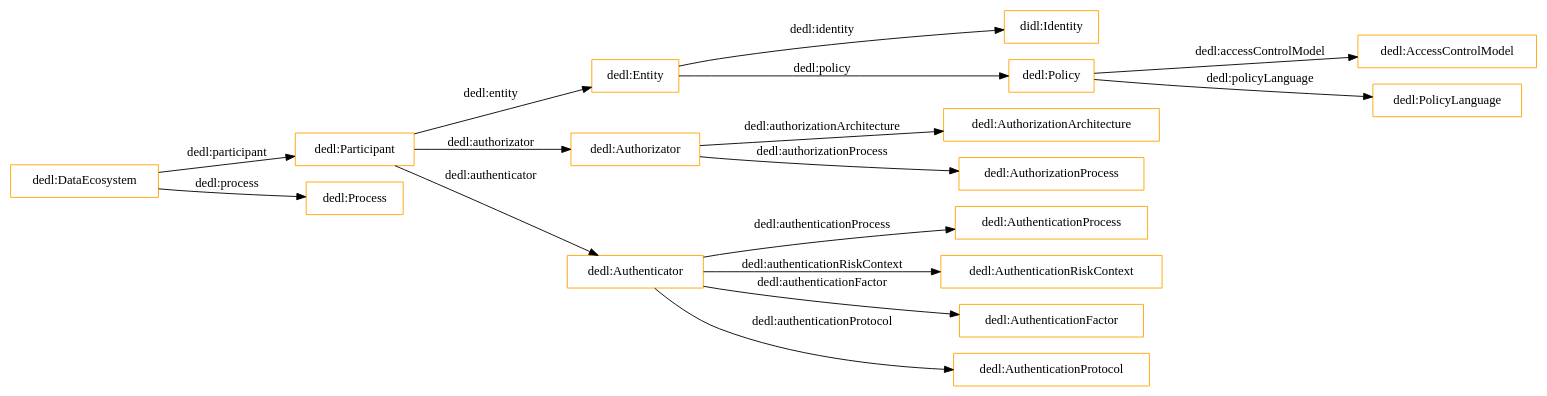
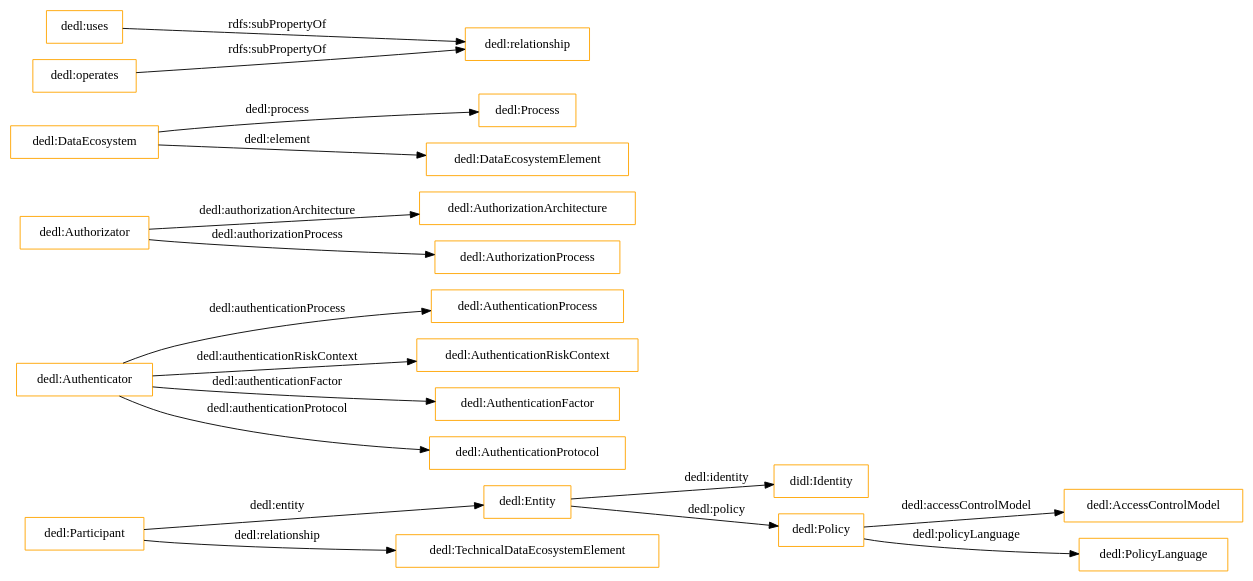
One commit to jiahang-chen/dedl changed the diagram in OnToology/dedl.ttl/diagrams/ar2dtool-class/dedl.ttl.png.dot. Above: the diagram before and after it, drawn with Graphviz. The commit also changed 12 other files, not shown here.

```diff
--- a/OnToology/dedl.ttl/diagrams/ar2dtool-class/dedl.ttl.png.dot
+++ b/OnToology/dedl.ttl/diagrams/ar2dtool-class/dedl.ttl.png.dot
@@ -1,21 +1,22 @@
 digraph ar2dtool_diagram { 
 rankdir=LR;
 size="1501"
-node [shape = rectangle, color="orange"]; "dedl:AccessControlModel" "dedl:AuthenticationProcess" "dedl:Participant" "dedl:Entity" "dedl:AuthorizationArchitecture" "dedl:Authorizator" "dedl:Authenticator" "didl:Identity" "dedl:AuthenticationRiskContext" "dedl:DataEcosystem" "dedl:PolicyLanguage" "dedl:AuthenticationFactor" "dedl:Process" "dedl:Policy" "dedl:AuthenticationProtocol" "dedl:AuthorizationProcess" ; /*classes style*/
+node [shape = rectangle, color="orange"]; "dedl:AccessControlModel" "dedl:AuthenticationProcess" "dedl:Participant" "dedl:Entity" "dedl:AuthorizationArchitecture" "dedl:Authorizator" "dedl:Authenticator" "didl:Identity" "dedl:AuthenticationRiskContext" "dedl:DataEcosystem" "dedl:PolicyLanguage" "dedl:TechnicalDataEcosystemElement" "dedl:AuthenticationFactor" "dedl:Process" "dedl:DataEcosystemElement" "dedl:Policy" "dedl:AuthenticationProtocol" "dedl:AuthorizationProcess" ; /*classes style*/
+	"dedl:uses" -> "dedl:relationship" [ label = "rdfs:subPropertyOf" ];
+	"dedl:operates" -> "dedl:relationship" [ label = "rdfs:subPropertyOf" ];
 	"dedl:Entity" -> "didl:Identity" [ label = "dedl:identity" ];
-	"dedl:DataEcosystem" -> "dedl:Participant" [ label = "dedl:participant" ];
 	"dedl:Policy" -> "dedl:AccessControlModel" [ label = "dedl:accessControlModel" ];
 	"dedl:Authenticator" -> "dedl:AuthenticationProcess" [ label = "dedl:authenticationProcess" ];
 	"dedl:Entity" -> "dedl:Policy" [ label = "dedl:policy" ];
 	"dedl:Authenticator" -> "dedl:AuthenticationFactor" [ label = "dedl:authenticationFactor" ];
+	"dedl:Participant" -> "dedl:TechnicalDataEcosystemElement" [ label = "dedl:relationship" ];
 	"dedl:Authorizator" -> "dedl:AuthorizationProcess" [ label = "dedl:authorizationProcess" ];
-	"dedl:Participant" -> "dedl:Authenticator" [ label = "dedl:authenticator" ];
-	"dedl:Participant" -> "dedl:Authorizator" [ label = "dedl:authorizator" ];
 	"dedl:Authenticator" -> "dedl:AuthenticationRiskContext" [ label = "dedl:authenticationRiskContext" ];
 	"dedl:Authenticator" -> "dedl:AuthenticationProtocol" [ label = "dedl:authenticationProtocol" ];
 	"dedl:Policy" -> "dedl:PolicyLanguage" [ label = "dedl:policyLanguage" ];
 	"dedl:Participant" -> "dedl:Entity" [ label = "dedl:entity" ];
 	"dedl:Authorizator" -> "dedl:AuthorizationArchitecture" [ label = "dedl:authorizationArchitecture" ];
+	"dedl:DataEcosystem" -> "dedl:DataEcosystemElement" [ label = "dedl:element" ];
 	"dedl:DataEcosystem" -> "dedl:Process" [ label = "dedl:process" ];
 
 }
```
